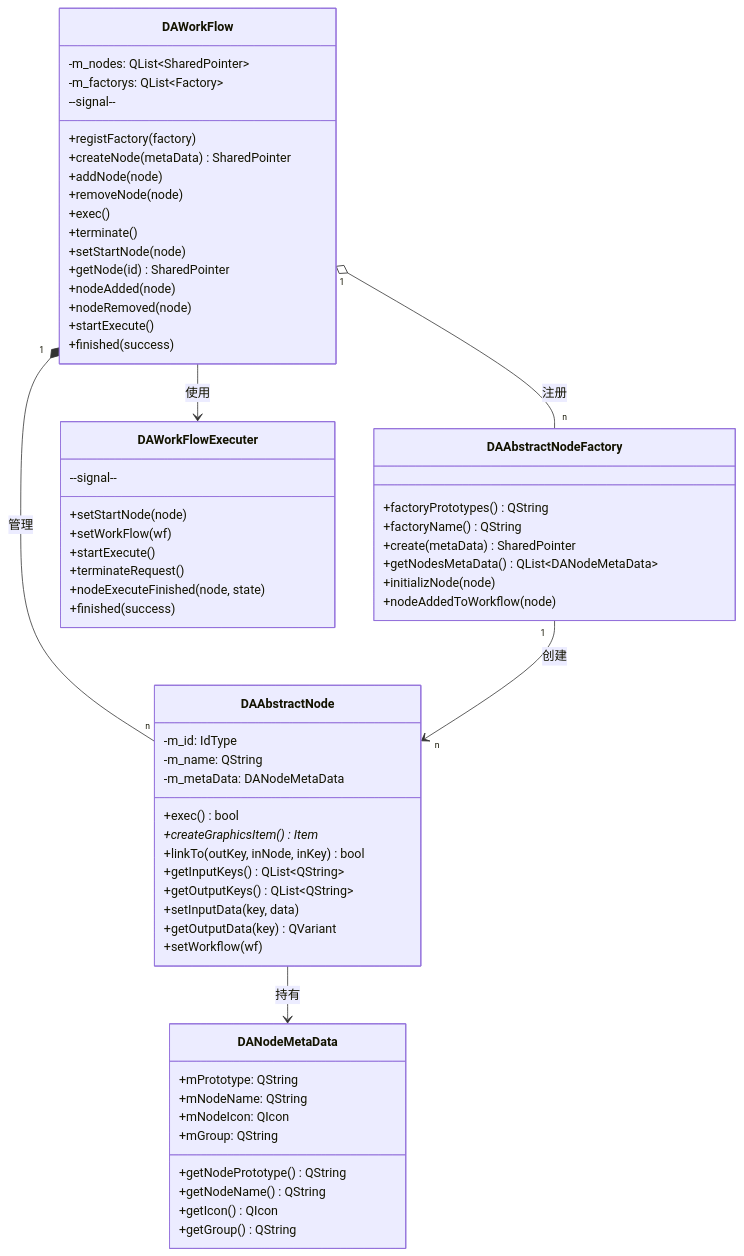
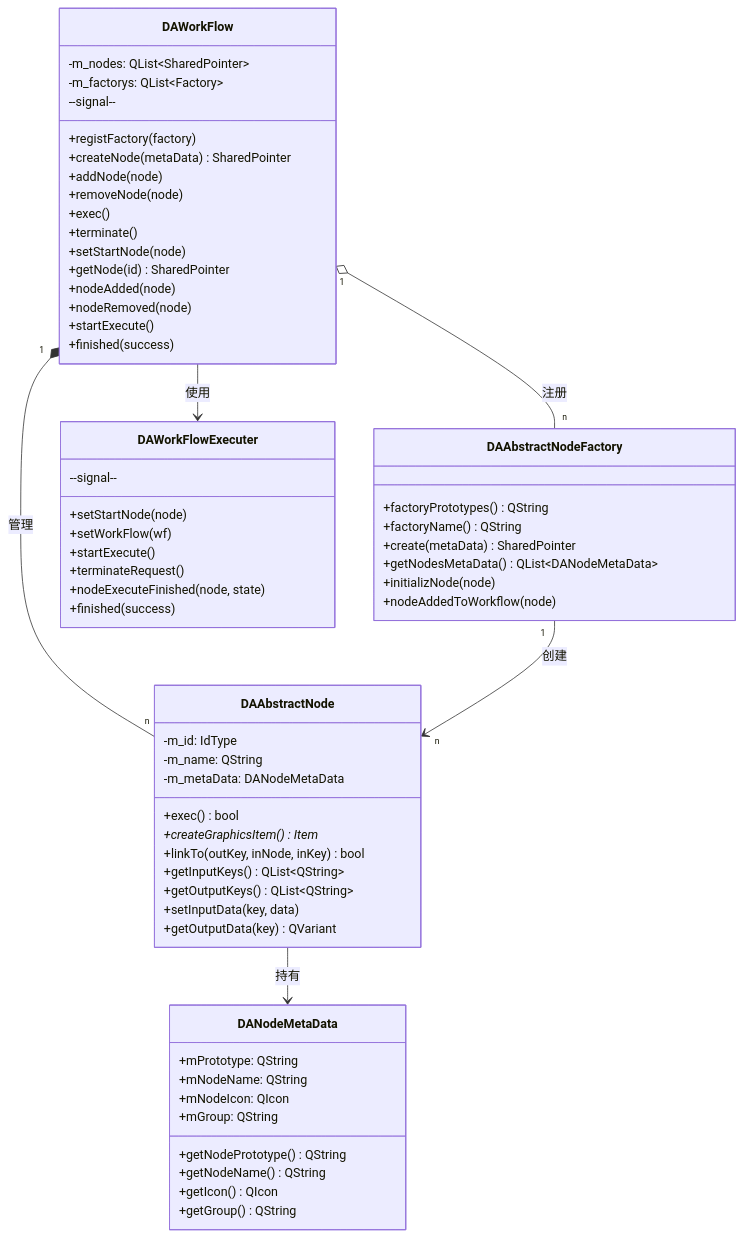
The first of 3 diagrams in docs/zh/dev-guide/workflow.md (czyt1988/data-workbench), drawn with Mermaid before and after one commit. The commit also changed other lines of this file, not shown here.

````diff
--- a/docs/zh/dev-guide/workflow.md
+++ b/docs/zh/dev-guide/workflow.md
@@ -78,70 +76,69 @@
 ```mermaid
 classDiagram
     class DAWorkFlow {
         -m_nodes: QList~SharedPointer~
         -m_factorys: QList~Factory~
         +registFactory(factory)
         +createNode(metaData) SharedPointer
         +addNode(node)
         +removeNode(node)
         +exec()
         +terminate()
         +setStartNode(node)
         +getNode(id) SharedPointer
         --signal--
         +nodeAdded(node)
         +nodeRemoved(node)
         +startExecute()
         +finished(success)
     }
     
     class DAAbstractNodeFactory {
         +factoryPrototypes() QString
         +factoryName() QString
         +create(metaData) SharedPointer
         +getNodesMetaData() QList~DANodeMetaData~
         +initializNode(node)
         +nodeAddedToWorkflow(node)
     }
     
     class DAAbstractNode {
         -m_id: IdType
         -m_name: QString
         -m_metaData: DANodeMetaData
         +exec() bool
         +createGraphicsItem() Item*
         +linkTo(outKey, inNode, inKey) bool
         +getInputKeys() QList~QString~
         +getOutputKeys() QList~QString~
         +setInputData(key, data)
         +getOutputData(key) QVariant
-        +setWorkflow(wf)
     }
     
     class DANodeMetaData {
         +mPrototype: QString
         +mNodeName: QString
         +mNodeIcon: QIcon
         +mGroup: QString
         +getNodePrototype() QString
         +getNodeName() QString
         +getIcon() QIcon
         +getGroup() QString
     }
     
     class DAWorkFlowExecuter {
         +setStartNode(node)
         +setWorkFlow(wf)
         +startExecute()
         +terminateRequest()
         --signal--
         +nodeExecuteFinished(node, state)
         +finished(success)
     }
     
     DAWorkFlow "1" *-- "n" DAAbstractNode : 管理
     DAWorkFlow "1" o-- "n" DAAbstractNodeFactory : 注册
     DAAbstractNodeFactory "1" --> "n" DAAbstractNode : 创建
     DAAbstractNode --> DANodeMetaData : 持有
     DAWorkFlow --> DAWorkFlowExecuter : 使用
 ```
````
